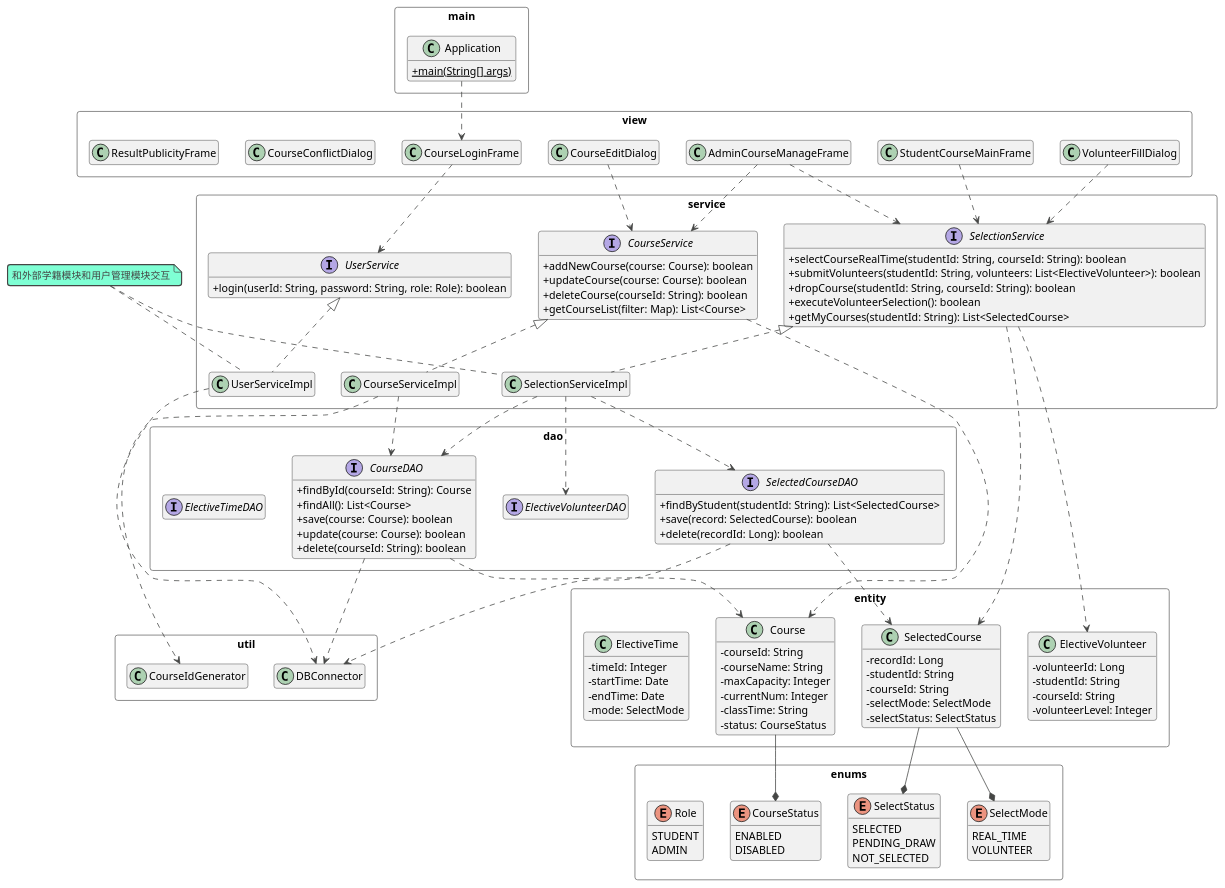
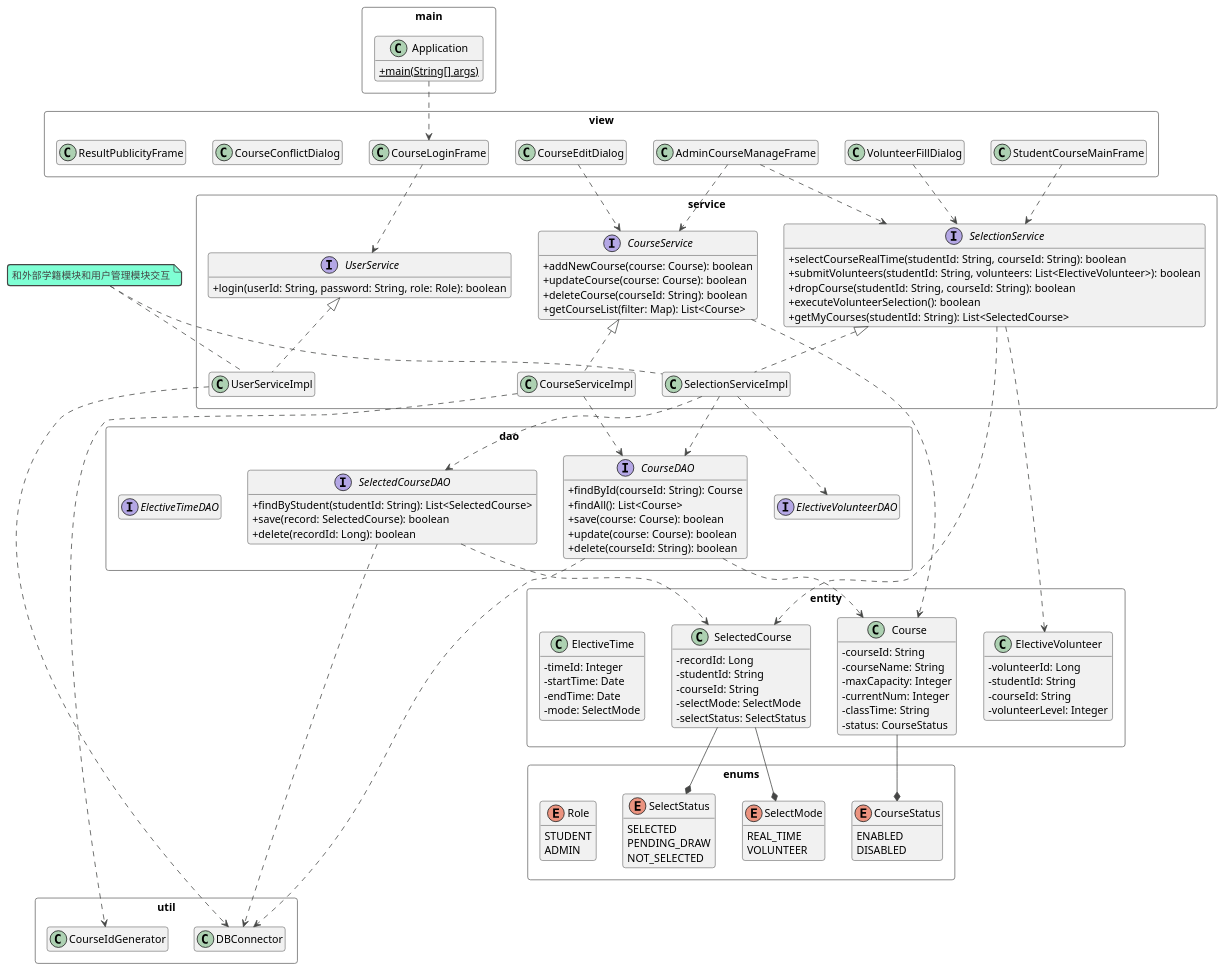
The diagram in src/main/java/coursePicking.puml (XELINQUENCY/cloud_campus), drawn with PlantUML before and after one commit. The commit also changed 74 other files, not shown here.

```diff
--- a/src/main/java/coursePicking.puml
+++ b/src/main/java/coursePicking.puml
@@ -1,190 +1,190 @@
 @startuml
 ' Set theme and layout
 !theme vibrant
 skinparam packageStyle rectangle
 skinparam classAttributeIconSize 0
 hide empty members
 
 ' =========================================
 ' Main Package
 ' =========================================
 package "main" {
   class Application {
     + {static} main(String[] args)
   }
 }
 
 ' =========================================
 ' Entity Package (Model)
 ' =========================================
 package "entity" {
   class Course {
     - courseId: String
     - courseName: String
     - maxCapacity: Integer
     - currentNum: Integer
     - classTime: String
     - status: CourseStatus
   }
 
   class SelectedCourse {
     - recordId: Long
     - studentId: String
     - courseId: String
     - selectMode: SelectMode
     - selectStatus: SelectStatus
   }
 
   class ElectiveVolunteer {
     - volunteerId: Long
     - studentId: String
     - courseId: String
     - volunteerLevel: Integer
   }
 
   class ElectiveTime {
     - timeId: Integer
     - startTime: Date
     - endTime: Date
     - mode: SelectMode
   }
 }
 
 ' =========================================
 ' Enums Package
 ' =========================================
 package "enums" {
   enum CourseStatus {
     ENABLED
     DISABLED
   }
   enum SelectMode {
     REAL_TIME
     VOLUNTEER
   }
   enum SelectStatus {
     SELECTED
     PENDING_DRAW
     NOT_SELECTED
   }
   enum Role {
     STUDENT
     ADMIN
   }
 }
 
 ' =========================================
 ' DAO Package (Data Access Layer)
 ' =========================================
 package "dao" {
   interface CourseDAO {
     + findById(courseId: String): Course
     + findAll(): List<Course>
     + save(course: Course): boolean
     + update(course: Course): boolean
     + delete(courseId: String): boolean
   }
   interface SelectedCourseDAO {
     + findByStudent(studentId: String): List<SelectedCourse>
     + save(record: SelectedCourse): boolean
     + delete(recordId: Long): boolean
   }
   ' Other DAOs omitted for brevity but follow the same pattern
   interface ElectiveVolunteerDAO
   interface ElectiveTimeDAO
 }
 
 ' =========================================
 ' Service Package (Business Logic Layer)
 ' =========================================
 package "service" {
   interface UserService {
     + login(userId: String, password: String, role: Role): boolean
   }
   interface CourseService {
     + addNewCourse(course: Course): boolean
     + updateCourse(course: Course): boolean
     + deleteCourse(courseId: String): boolean
     + getCourseList(filter: Map): List<Course>
   }
   interface SelectionService {
     + selectCourseRealTime(studentId: String, courseId: String): boolean
     + submitVolunteers(studentId: String, volunteers: List<ElectiveVolunteer>): boolean
     + dropCourse(studentId: String, courseId: String): boolean
     + executeVolunteerSelection(): boolean
     + getMyCourses(studentId: String): List<SelectedCourse>
   }
 
   class UserServiceImpl implements UserService
   class CourseServiceImpl implements CourseService
   class SelectionServiceImpl implements SelectionService
 }
 
 ' =========================================
 ' View Package (UI Layer)
 ' =========================================
 package "view" {
   class CourseLoginFrame
   class StudentCourseMainFrame
   class AdminCourseManageFrame
   class CourseEditDialog
   class VolunteerFillDialog
   class CourseConflictDialog
   class ResultPublicityFrame
 }
 
 ' =========================================
 ' Util Package
 ' =========================================
 package "util" {
   class DBConnector
   class CourseIdGenerator
 }
 
 
 ' =========================================
 ' Relationships
 ' =========================================
 
 ' View -> Service (UI layer depends on business logic)
 CourseLoginFrame ..> UserService
 StudentCourseMainFrame ..> SelectionService
 AdminCourseManageFrame ..> CourseService
 AdminCourseManageFrame ..> SelectionService
 CourseEditDialog ..> CourseService
 VolunteerFillDialog ..> SelectionService
 
 ' Service -> DAO (Business logic depends on data access)
-UserServiceImpl ..> DBConnector
+UserServiceImpl .....> DBConnector
 CourseServiceImpl ..> CourseDAO
 CourseServiceImpl ..> CourseIdGenerator
 SelectionServiceImpl ..> CourseDAO
 SelectionServiceImpl ..> SelectedCourseDAO
 SelectionServiceImpl ..> ElectiveVolunteerDAO
 
 ' Service -> Entity (Services operate on entity objects)
 CourseService ..> Course
 SelectionService ..> SelectedCourse
 SelectionService ..> ElectiveVolunteer
 
 ' DAO -> Entity (DAOs return and accept entity objects)
 CourseDAO ..> Course
 SelectedCourseDAO ..> SelectedCourse
 
 ' DAO -> Util (DAOs use DBConnector)
 CourseDAO ..> DBConnector
 SelectedCourseDAO ..> DBConnector
 
 ' Entity -> Enum (Entities use enums for status fields)
 Course --* CourseStatus
 SelectedCourse --* SelectMode
 SelectedCourse --* SelectStatus
 
 ' Main application starts the first view
 Application ..> CourseLoginFrame
 
 note "和外部学籍模块和用户管理模块交互" as N1
 N1 .. SelectionServiceImpl
 N1 .. UserServiceImpl
 
 @enduml
```
